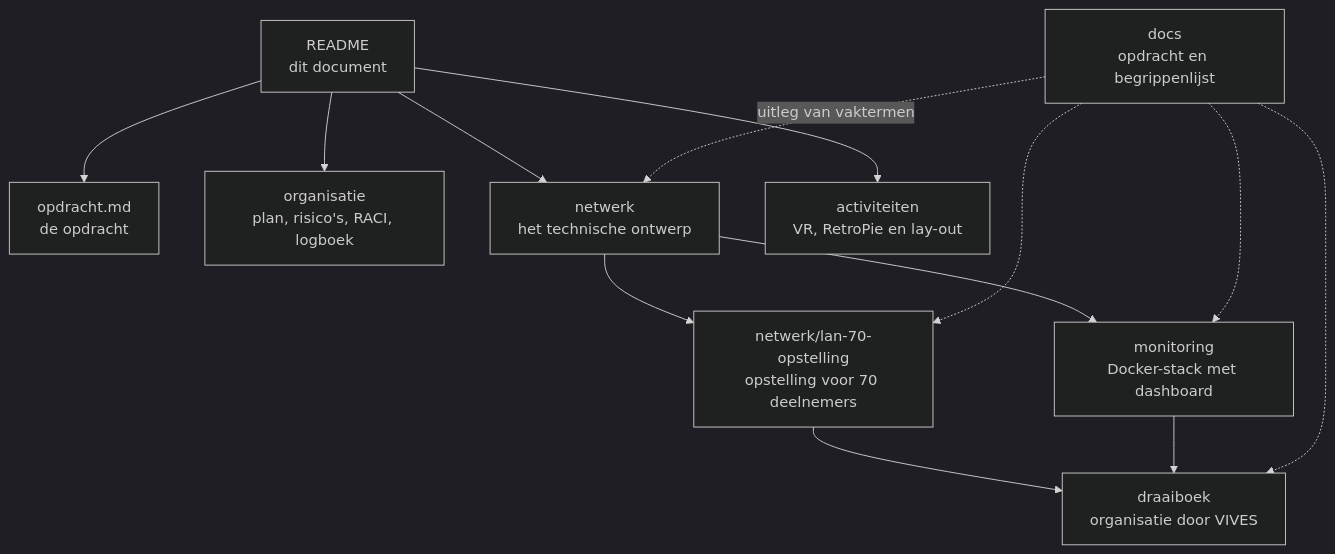
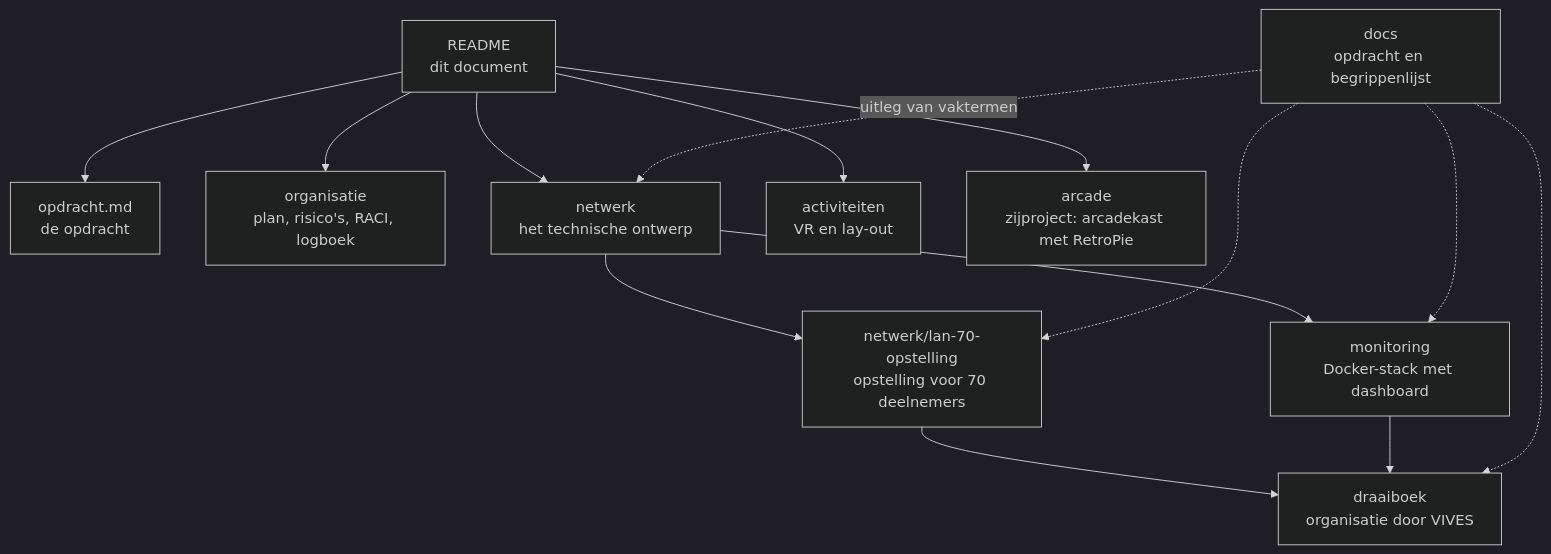
The diagram in README.md (kyell182/project-3---lanparty-26), drawn with Mermaid (dark theme) before and after one commit. The commit also changed other lines of this file and 12 other files, not shown here.

````diff
--- a/README.md
+++ b/README.md
@@ -15,25 +15,27 @@
 ```mermaid
 graph TD
     R["README<br/>dit document"]
     O["opdracht.md<br/>de opdracht"]
     P["organisatie<br/>plan, risico's, RACI, logboek"]
     N["netwerk<br/>het technische ontwerp"]
     L["netwerk/lan-70-opstelling<br/>opstelling voor 70 deelnemers"]
     M["monitoring<br/>Docker-stack met dashboard"]
     D["draaiboek<br/>organisatie door VIVES"]
     G["docs<br/>opdracht en begrippenlijst"]
-    A["activiteiten<br/>VR, RetroPie en lay-out"]
+    A["activiteiten<br/>VR en lay-out"]
+    C["arcade<br/>zijproject: arcadekast met RetroPie"]
 
     R --> O
     R --> P
     R --> N
     N --> L
     N --> M
     L --> D
     M --> D
     R --> A
+    R --> C
     G -.->|"uitleg van vaktermen"| N
     G -.-> L
     G -.-> M
     G -.-> D
 ```
````
